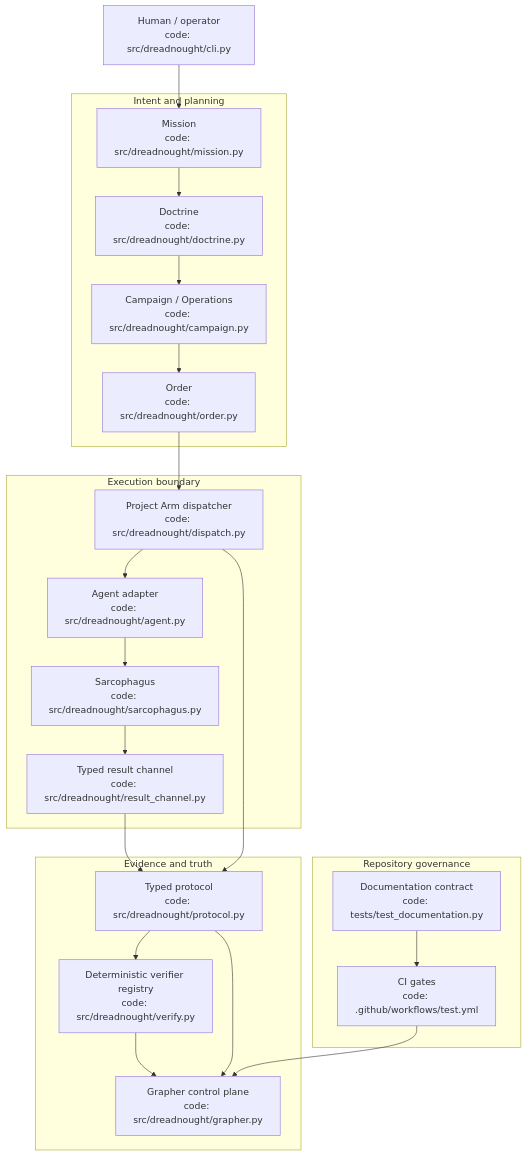
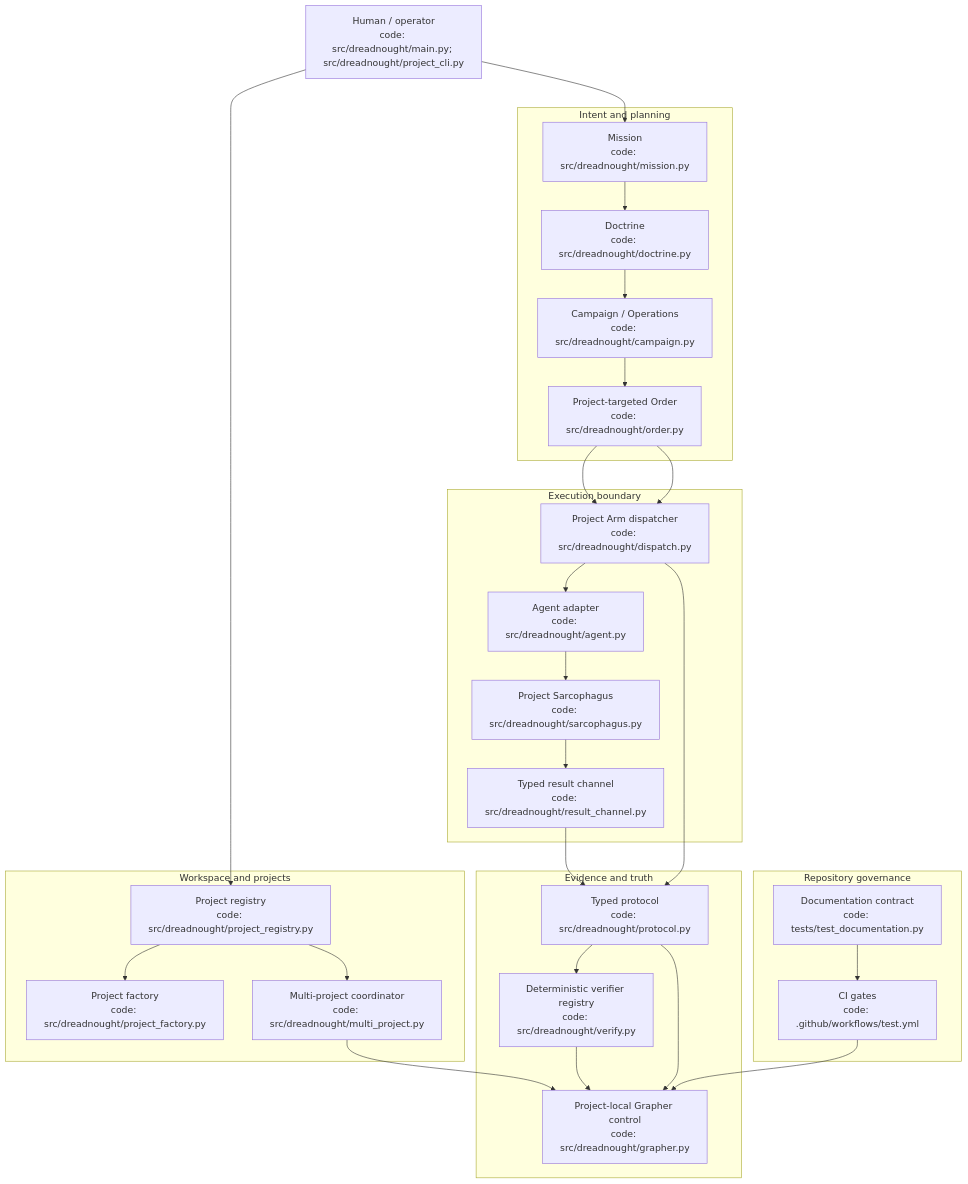
Before and after one commit to seanbman/dreadnought: the first of 2 diagrams in docs/ARCHITECTURE.md, drawn with Mermaid. The commit also changed other lines of this file, not shown here.

Commit message:
docs: map multi-project control architecture

````diff
--- a/docs/ARCHITECTURE.md
+++ b/docs/ARCHITECTURE.md
@@ -34,38 +35,49 @@
 ```mermaid
 flowchart TB
-    H["Human / operator\ncode: src/dreadnought/cli.py"]
+    H["Human / operator\ncode: src/dreadnought/main.py; src/dreadnought/project_cli.py"]
+
+    subgraph WS["Workspace and projects"]
+      R["Project registry\ncode: src/dreadnought/project_registry.py"]
+      F["Project factory\ncode: src/dreadnought/project_factory.py"]
+      X["Multi-project coordinator\ncode: src/dreadnought/multi_project.py"]
+    end
 
     subgraph PLAN["Intent and planning"]
       M["Mission\ncode: src/dreadnought/mission.py"]
       D["Doctrine\ncode: src/dreadnought/doctrine.py"]
       C["Campaign / Operations\ncode: src/dreadnought/campaign.py"]
-      O["Order\ncode: src/dreadnought/order.py"]
+      O["Project-targeted Order\ncode: src/dreadnought/order.py"]
     end
 
     subgraph EXEC["Execution boundary"]
       DISP["Project Arm dispatcher\ncode: src/dreadnought/dispatch.py"]
       AD["Agent adapter\ncode: src/dreadnought/agent.py"]
-      S["Sarcophagus\ncode: src/dreadnought/sarcophagus.py"]
+      S["Project Sarcophagus\ncode: src/dreadnought/sarcophagus.py"]
       RC["Typed result channel\ncode: src/dreadnought/result_channel.py"]
     end
 
     subgraph TRUTH["Evidence and truth"]
       P["Typed protocol\ncode: src/dreadnought/protocol.py"]
       V["Deterministic verifier registry\ncode: src/dreadnought/verify.py"]
-      G["Grapher control plane\ncode: src/dreadnought/grapher.py"]
+      G["Project-local Grapher control\ncode: src/dreadnought/grapher.py"]
     end
 
     subgraph GOV["Repository governance"]
       CI["CI gates\ncode: .github/workflows/test.yml"]
       DOC["Documentation contract\ncode: tests/test_documentation.py"]
     end
 
+    H --> R
+    R --> F
+    R --> X
     H --> M --> D --> C --> O --> DISP
+    X --> G
+    O --> DISP
     DISP --> AD --> S
     S --> RC --> P
     DISP --> P
     P --> V --> G
     P --> G
     CI --> G
     DOC --> CI
 ```
````
